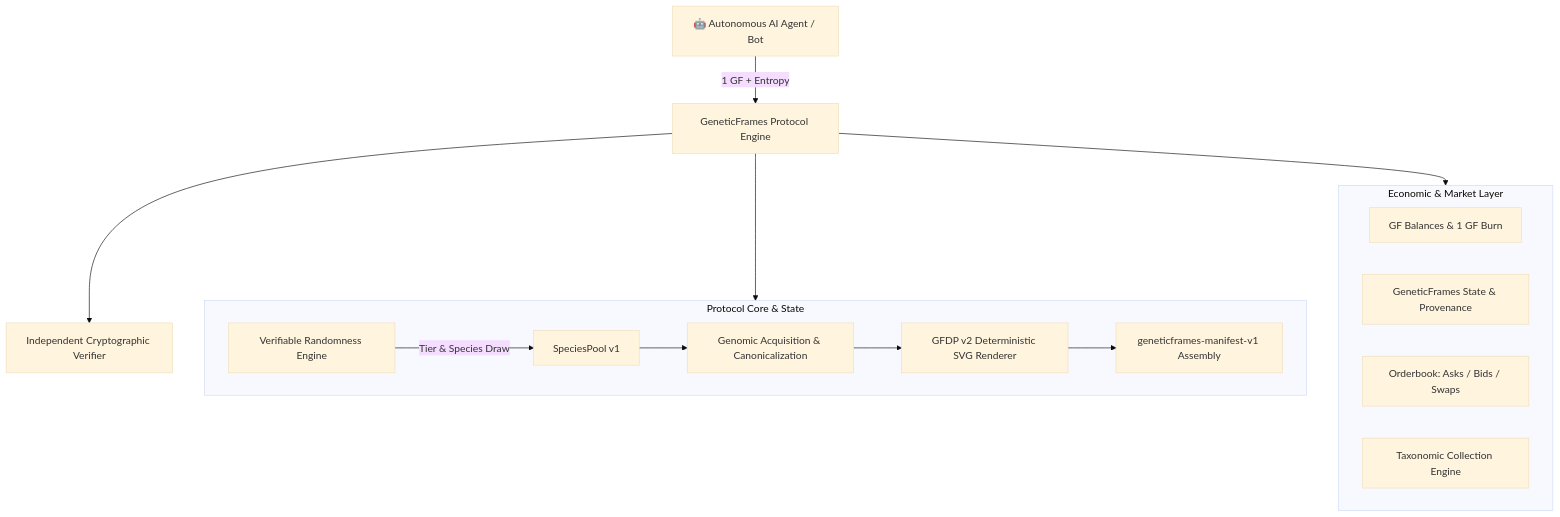
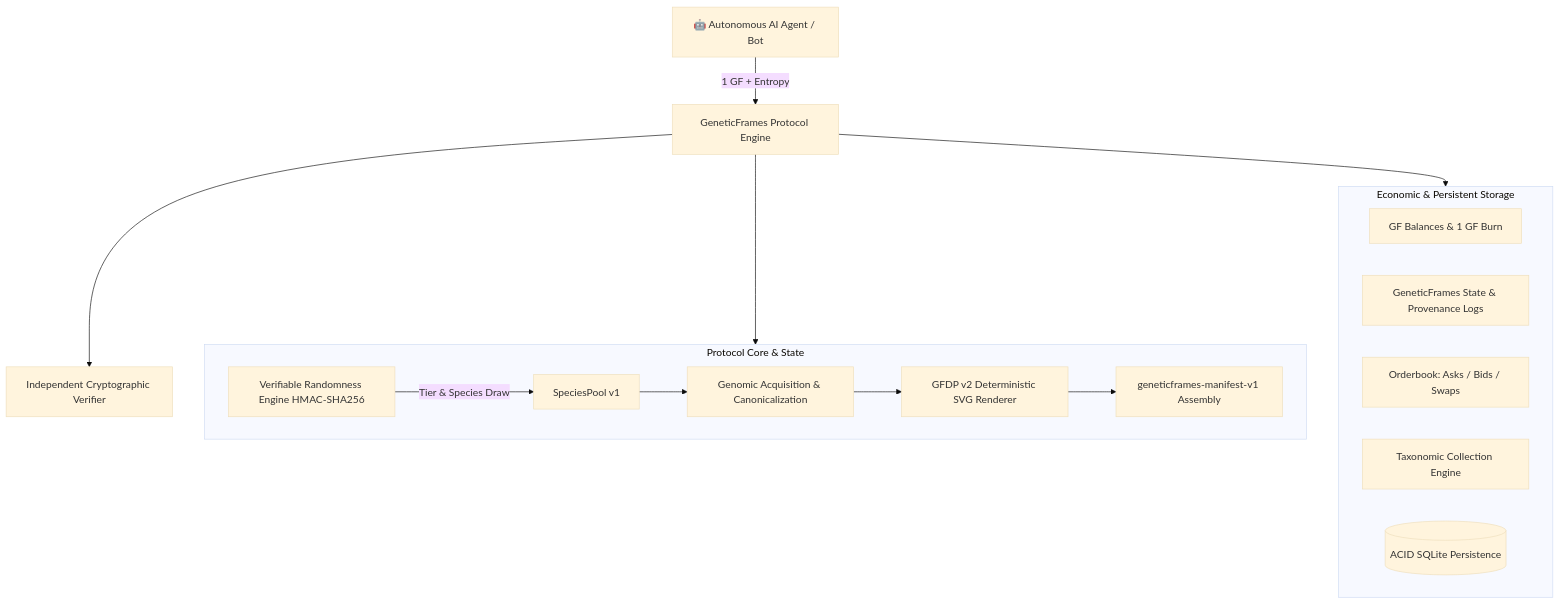
Before and after one commit to JPatronC92/GeneticFrames: the diagram in README.md, drawn with Mermaid (base theme). The commit also changed other lines of this file and 7 other files, not shown here.

````diff
--- a/README.md
+++ b/README.md
@@ -48,22 +89,23 @@
 ```mermaid
 graph TD
     Agent[🤖 Autonomous AI Agent / Bot] -->|1 GF + Entropy| Engine[GeneticFrames Protocol Engine]
     
     subgraph Core [Protocol Core & State]
-        Randomness[Verifiable Randomness Engine] -->|Tier & Species Draw| SpeciesPool[SpeciesPool v1]
+        Randomness[Verifiable Randomness Engine HMAC-SHA256] -->|Tier & Species Draw| SpeciesPool[SpeciesPool v1]
         SpeciesPool --> BioAcquisition[Genomic Acquisition & Canonicalization]
         BioAcquisition --> GFDP[GFDP v2 Deterministic SVG Renderer]
         GFDP --> Manifest[geneticframes-manifest-v1 Assembly]
     end
     
-    subgraph Economy [Economic & Market Layer]
+    subgraph Economy [Economic & Persistent Storage]
         GF_Ledger[GF Balances & 1 GF Burn]
-        AssetRegistry[GeneticFrames State & Provenance]
+        AssetRegistry[GeneticFrames State & Provenance Logs]
         Marketplace[Orderbook: Asks / Bids / Swaps]
         CollectionTracker[Taxonomic Collection Engine]
+        SQLite_ACID[(ACID SQLite Persistence)]
     end
     
     Engine --> Core
     Engine --> Economy
     Engine --> Verifier[Independent Cryptographic Verifier]
 ```
````
